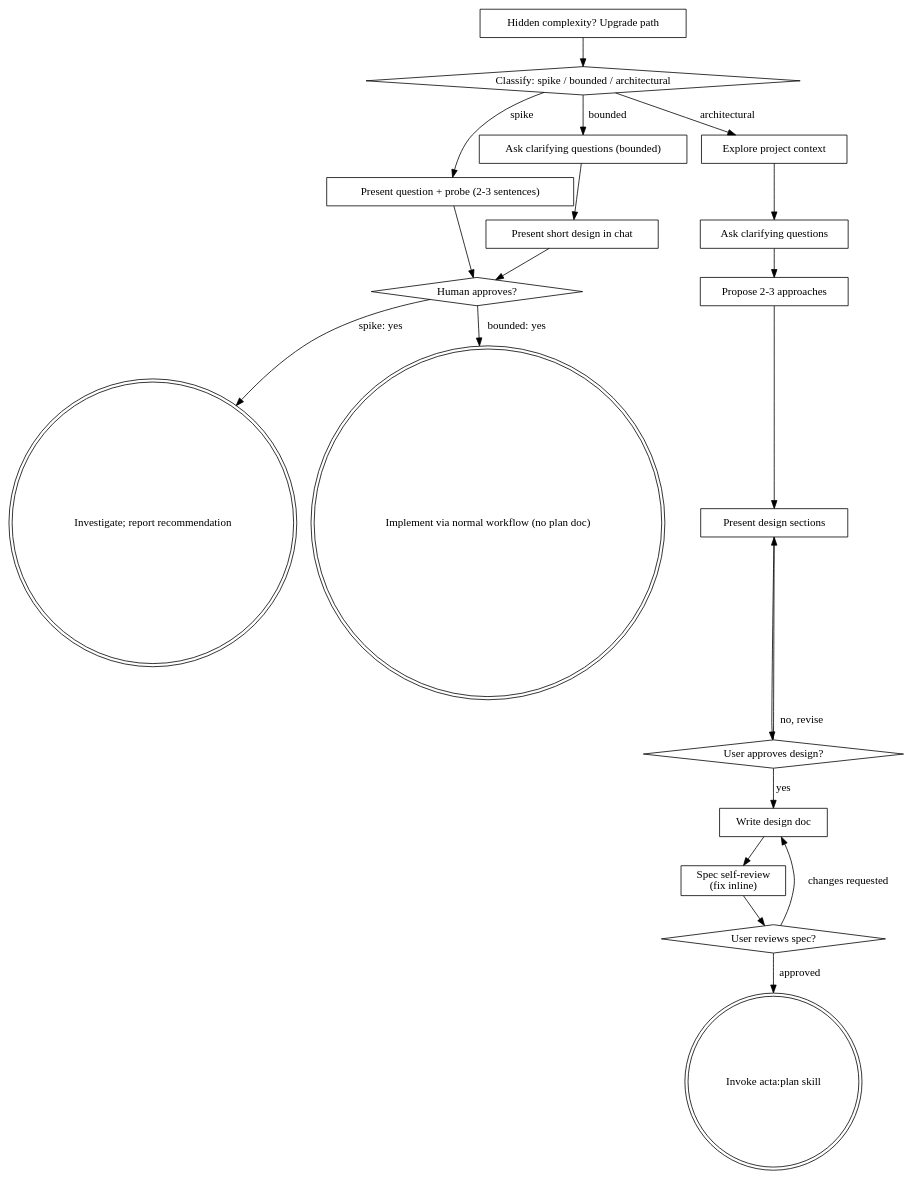
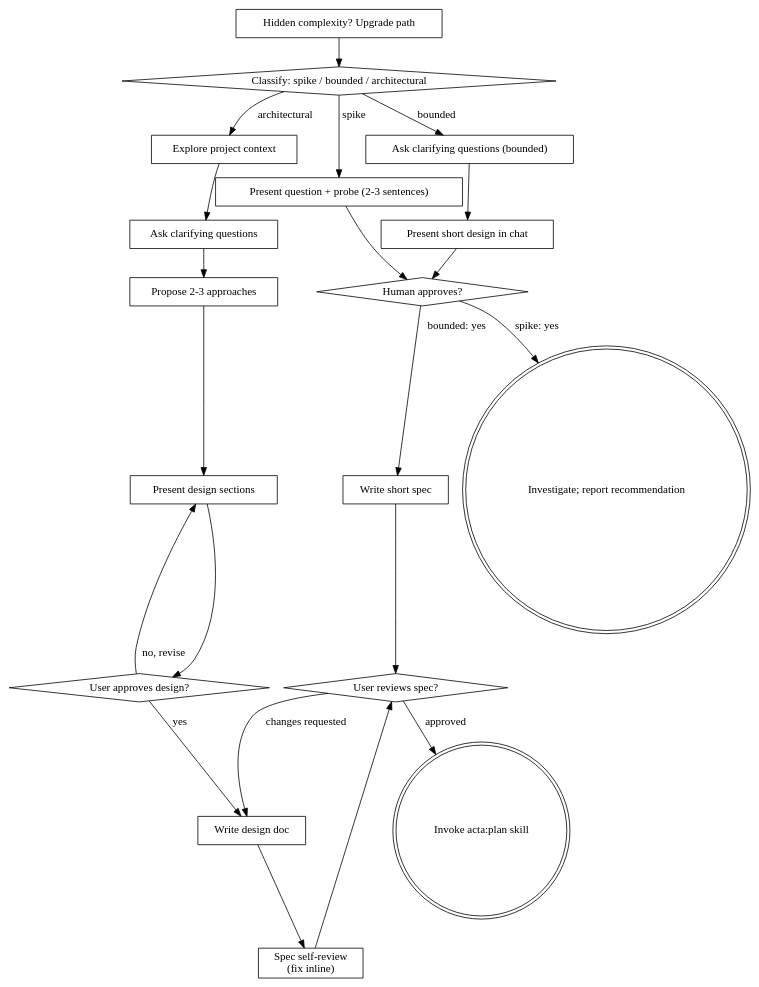
One commit to iyay/acta changed the diagram in plugin/skills/brainstorm/SKILL.md. Above: the diagram before and after it, drawn with Graphviz. The commit also changed other lines of this file and 16 other files, not shown here.

Commit message:
feat(plugin): bounded brainstorms write a short spec and go through acta:plan

````diff
--- a/plugin/skills/brainstorm/SKILL.md
+++ b/plugin/skills/brainstorm/SKILL.md
@@ -141,41 +147,42 @@
 ```dot
 digraph brainstorming {
     "Classify: spike / bounded / architectural" [shape=diamond];
     "Present question + probe (2-3 sentences)" [shape=box];
     "Ask clarifying questions (bounded)" [shape=box];
     "Present short design in chat" [shape=box];
     "Human approves?" [shape=diamond];
     "Investigate; report recommendation" [shape=doublecircle];
-    "Implement via normal workflow (no plan doc)" [shape=doublecircle];
+    "Write short spec" [shape=box];
     "Explore project context" [shape=box];
     "Ask clarifying questions" [shape=box];
     "Propose 2-3 approaches" [shape=box];
     "Present design sections" [shape=box];
     "User approves design?" [shape=diamond];
     "Write design doc" [shape=box];
     "Spec self-review\n(fix inline)" [shape=box];
     "User reviews spec?" [shape=diamond];
     "Invoke acta:plan skill" [shape=doublecircle];
     "Hidden complexity? Upgrade path" [shape=box];
 
     "Classify: spike / bounded / architectural" -> "Present question + probe (2-3 sentences)" [label="spike"];
     "Classify: spike / bounded / architectural" -> "Ask clarifying questions (bounded)" [label="bounded"];
     "Classify: spike / bounded / architectural" -> "Explore project context" [label="architectural"];
     "Present question + probe (2-3 sentences)" -> "Human approves?";
     "Ask clarifying questions (bounded)" -> "Present short design in chat";
     "Present short design in chat" -> "Human approves?";
     "Human approves?" -> "Investigate; report recommendation" [label="spike: yes"];
-    "Human approves?" -> "Implement via normal workflow (no plan doc)" [label="bounded: yes"];
+    "Human approves?" -> "Write short spec" [label="bounded: yes"];
+    "Write short spec" -> "User reviews spec?";
     "Hidden complexity? Upgrade path" -> "Classify: spike / bounded / architectural";
     "Explore project context" -> "Ask clarifying questions";
     "Ask clarifying questions" -> "Propose 2-3 approaches";
     "Propose 2-3 approaches" -> "Present design sections";
     "Present design sections" -> "User approves design?";
     "User approves design?" -> "Present design sections" [label="no, revise"];
     "User approves design?" -> "Write design doc" [label="yes"];
     "Write design doc" -> "Spec self-review\n(fix inline)";
     "Spec self-review\n(fix inline)" -> "User reviews spec?";
     "User reviews spec?" -> "Write design doc" [label="changes requested"];
     "User reviews spec?" -> "Invoke acta:plan skill" [label="approved"];
 }
 ```
````
